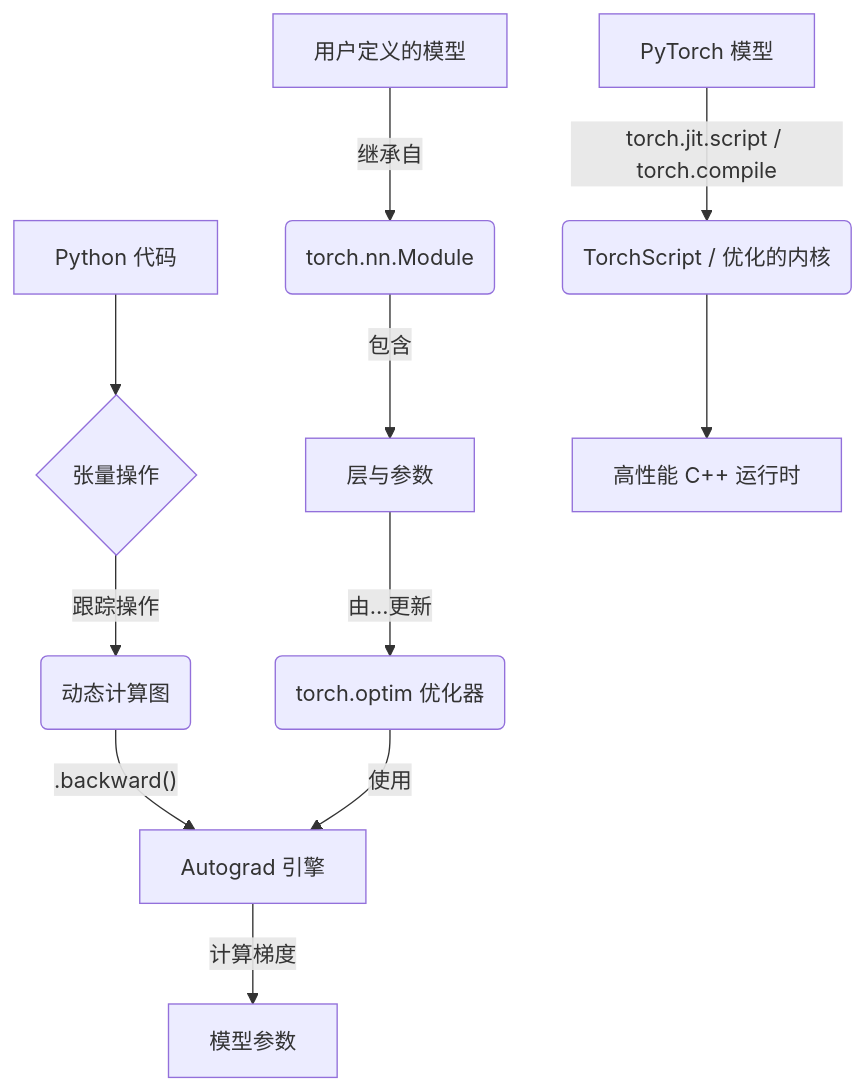
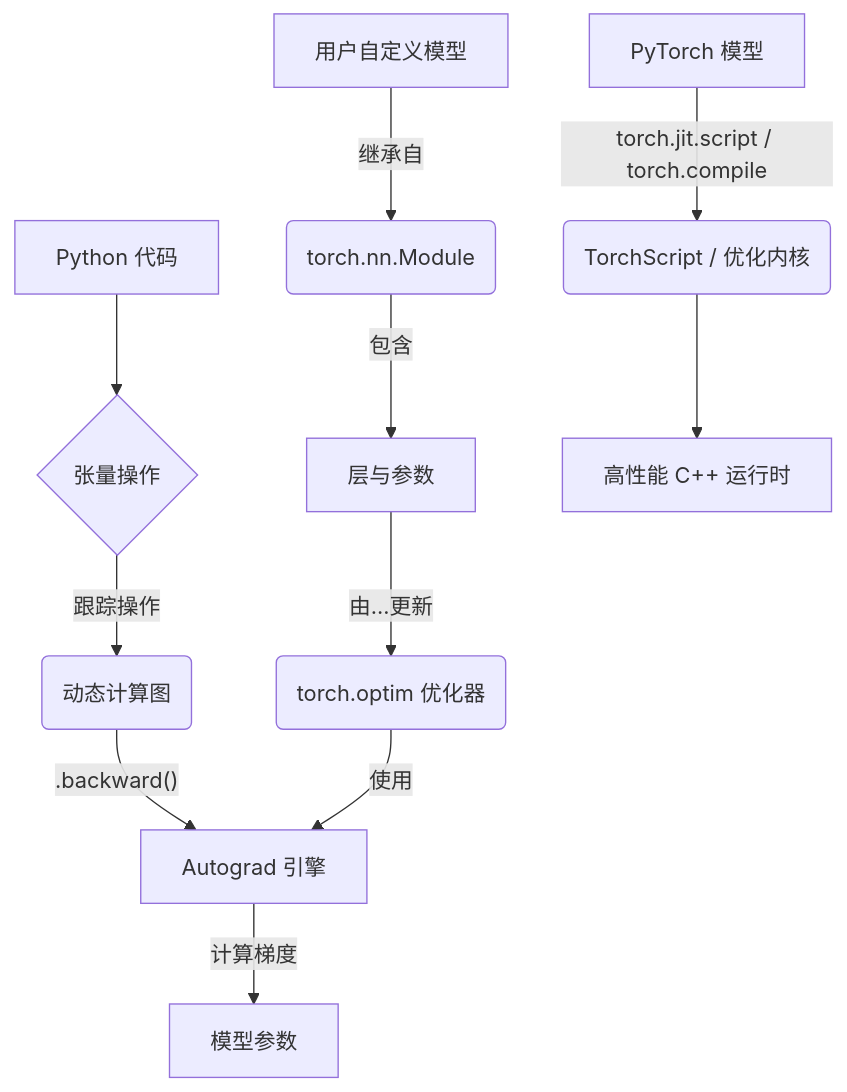
Before and after one commit to tt33415366/python_data_process_lib_intro: the second of 3 diagrams in docs/deep-learning/zh/pytorch_evolution_document.zh.md, drawn with Mermaid. The commit also changed other lines of this file and 21 other files, not shown here.

First line of the commit message:
feat(docs): add 'Typical use cases' sections and fix Mermaid mindmaps

````diff
--- a/docs/deep-learning/zh/pytorch_evolution_document.zh.md
+++ b/docs/deep-learning/zh/pytorch_evolution_document.zh.md
@@ -59,15 +59,15 @@
 ```mermaid
 graph TD
     A[Python 代码] --> B{张量操作}
     B -- 跟踪操作 --> C(动态计算图)
     C -- .backward() --> D[Autograd 引擎]
     D -- 计算梯度 --> E[模型参数]
 
-    F[用户定义的模型] -- 继承自 --> G(torch.nn.Module)
+    F[用户自定义模型] -- 继承自 --> G(torch.nn.Module)
     G -- 包含 --> H[层与参数]
     H -- 由...更新 --> I(torch.optim 优化器)
     I -- 使用 --> D
 
-    J[PyTorch 模型] -- torch.jit.script / torch.compile --> K(TorchScript / 优化的内核)
+    J[PyTorch 模型] -- torch.jit.script / torch.compile --> K(TorchScript / 优化内核)
     K --> L[高性能 C++ 运行时]
 ```
````
